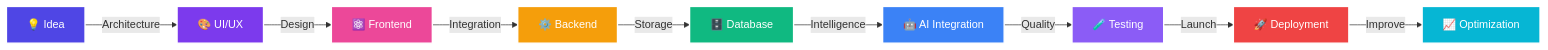
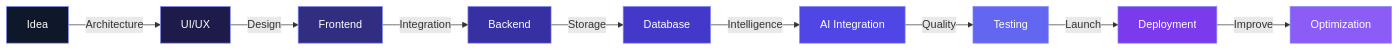
The diagram in README.md (SyedGoharHussain/SyedGoharHussain), drawn with Mermaid before and after one commit. The commit also changed other lines of this file, not shown here.

````diff
--- a/README.md
+++ b/README.md
@@ -185,21 +155,21 @@
 ```mermaid
 graph LR
-    A[💡 Idea] -->|Architecture| B[🎨 UI/UX]
-    B -->|Design| C[⚛️ Frontend]
-    C -->|Integration| D[⚙️ Backend]
-    D -->|Storage| E[🗄️ Database]
-    E -->|Intelligence| F[🤖 AI Integration]
-    F -->|Quality| G[🧪 Testing]
-    G -->|Launch| H[🚀 Deployment]
-    H -->|Improve| I[📈 Optimization]
+    A[Idea] -->|Architecture| B[UI/UX]
+    B -->|Design| C[Frontend]
+    C -->|Integration| D[Backend]
+    D -->|Storage| E[Database]
+    E -->|Intelligence| F[AI Integration]
+    F -->|Quality| G[Testing]
+    G -->|Launch| H[Deployment]
+    H -->|Improve| I[Optimization]
 
-    style A fill:#4F46E5,stroke:#fff,stroke-width:2px,color:#fff
-    style B fill:#7C3AED,stroke:#fff,stroke-width:2px,color:#fff
-    style C fill:#EC4899,stroke:#fff,stroke-width:2px,color:#fff
-    style D fill:#F59E0B,stroke:#fff,stroke-width:2px,color:#fff
-    style E fill:#10B981,stroke:#fff,stroke-width:2px,color:#fff
-    style F fill:#3B82F6,stroke:#fff,stroke-width:2px,color:#fff
-    style G fill:#8B5CF6,stroke:#fff,stroke-width:2px,color:#fff
-    style H fill:#EF4444,stroke:#fff,stroke-width:2px,color:#fff
-    style I fill:#06B6D4,stroke:#fff,stroke-width:2px,color:#fff
+    style A fill:#0F172A,stroke:#818CF8,stroke-width:1px,color:#fff
+    style B fill:#1E1B4B,stroke:#818CF8,stroke-width:1px,color:#fff
+    style C fill:#312E81,stroke:#818CF8,stroke-width:1px,color:#fff
+    style D fill:#3730A3,stroke:#818CF8,stroke-width:1px,color:#fff
+    style E fill:#4338CA,stroke:#818CF8,stroke-width:1px,color:#fff
+    style F fill:#4F46E5,stroke:#818CF8,stroke-width:1px,color:#fff
+    style G fill:#6366F1,stroke:#818CF8,stroke-width:1px,color:#fff
+    style H fill:#7C3AED,stroke:#818CF8,stroke-width:1px,color:#fff
+    style I fill:#8B5CF6,stroke:#818CF8,stroke-width:1px,color:#fff
 ```
````
